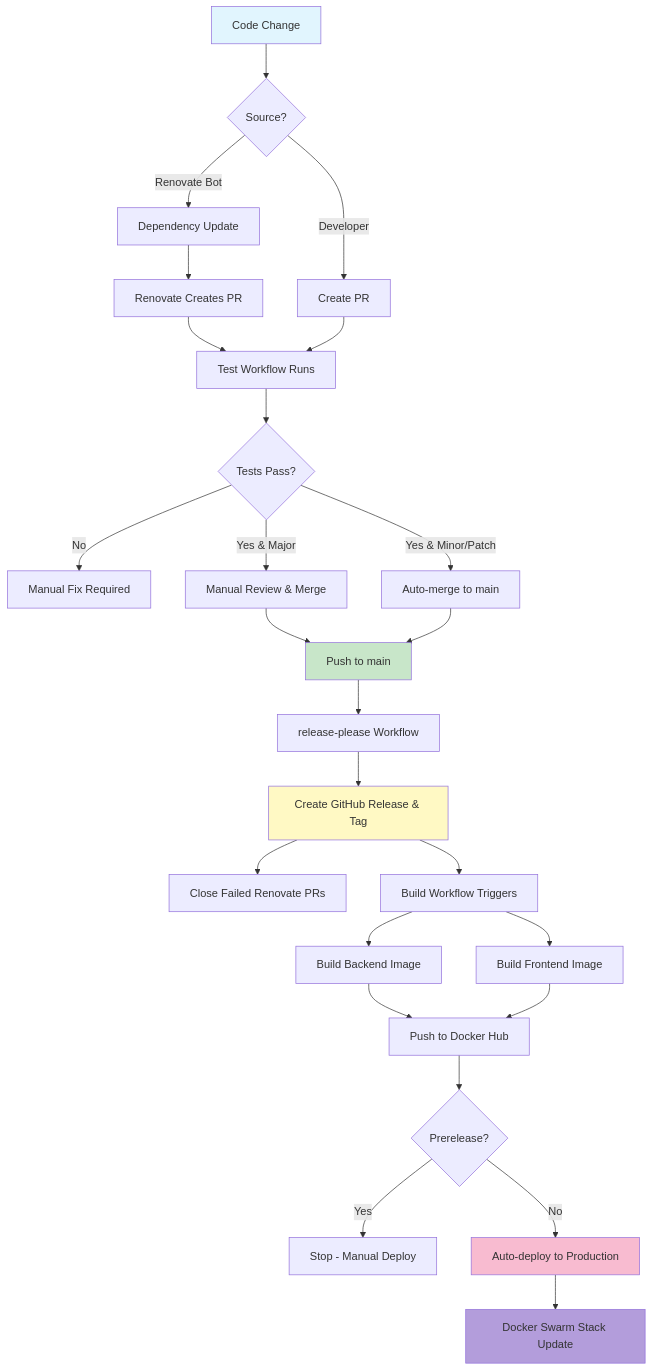
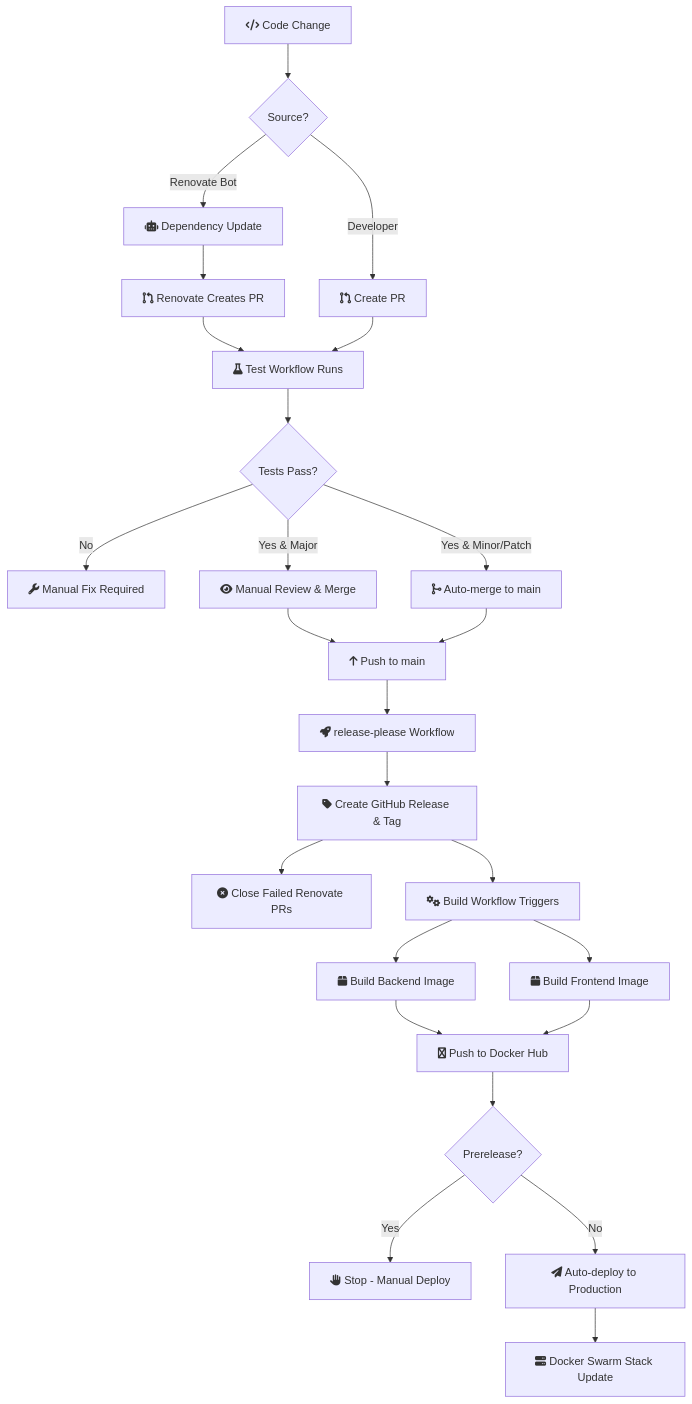
The diagram in README.md (goatheckler/cr-browser), drawn with Mermaid before and after one commit.

Commit message:
docs: improve CI/CD diagram with FontAwesome icons and remove custom colors

````diff
--- a/README.md
+++ b/README.md
@@ -113,42 +113,36 @@
 ```mermaid
 flowchart TD
-    A[Code Change] --> B{Source?}
-    B -->|Developer| C[Create PR]
-    B -->|Renovate Bot| D[Dependency Update]
+    A["fa:fa-code Code Change"] --> B{Source?}
+    B -->|Developer| C["fa:fa-code-pull-request Create PR"]
+    B -->|Renovate Bot| D["fa:fa-robot Dependency Update"]
     
-    D --> E[Renovate Creates PR]
-    E --> F[Test Workflow Runs]
+    D --> E["fa:fa-code-pull-request Renovate Creates PR"]
+    E --> F["fa:fa-flask Test Workflow Runs"]
     
     C --> F
     
     F --> G{Tests Pass?}
-    G -->|No| H[Manual Fix Required]
-    G -->|Yes & Minor/Patch| I[Auto-merge to main]
-    G -->|Yes & Major| J[Manual Review & Merge]
+    G -->|No| H["fa:fa-wrench Manual Fix Required"]
+    G -->|Yes & Minor/Patch| I["fa:fa-code-merge Auto-merge to main"]
+    G -->|Yes & Major| J["fa:fa-eye Manual Review & Merge"]
     
-    J --> K[Push to main]
+    J --> K["fa:fa-arrow-up Push to main"]
     I --> K
     
-    K --> L[release-please Workflow]
-    L --> M[Create GitHub Release & Tag]
+    K --> L["fa:fa-rocket release-please Workflow"]
+    L --> M["fa:fa-tag Create GitHub Release & Tag"]
     
-    M --> N[Close Failed Renovate PRs]
-    M --> O[Build Workflow Triggers]
-    O --> P[Build Backend Image]
-    O --> Q[Build Frontend Image]
+    M --> N["fa:fa-times-circle Close Failed Renovate PRs"]
+    M --> O["fa:fa-cogs Build Workflow Triggers"]
+    O --> P["fa:fa-box Build Backend Image"]
+    O --> Q["fa:fa-box Build Frontend Image"]
     
-    P --> R[Push to Docker Hub]
+    P --> R["fa:fa-docker Push to Docker Hub"]
     Q --> R
     
     R --> S{Prerelease?}
-    S -->|Yes| T[Stop - Manual Deploy]
-    S -->|No| U[Auto-deploy to Production]
+    S -->|Yes| T["fa:fa-hand-paper Stop - Manual Deploy"]
+    S -->|No| U["fa:fa-paper-plane Auto-deploy to Production"]
     
-    U --> V[Docker Swarm Stack Update]
-    
-    style A fill:#e1f5fe
-    style K fill:#c8e6c9
-    style M fill:#fff9c4
-    style U fill:#f8bbd0
-    style V fill:#b39ddb
+    U --> V["fa:fa-server Docker Swarm Stack Update"]
 ```
````
